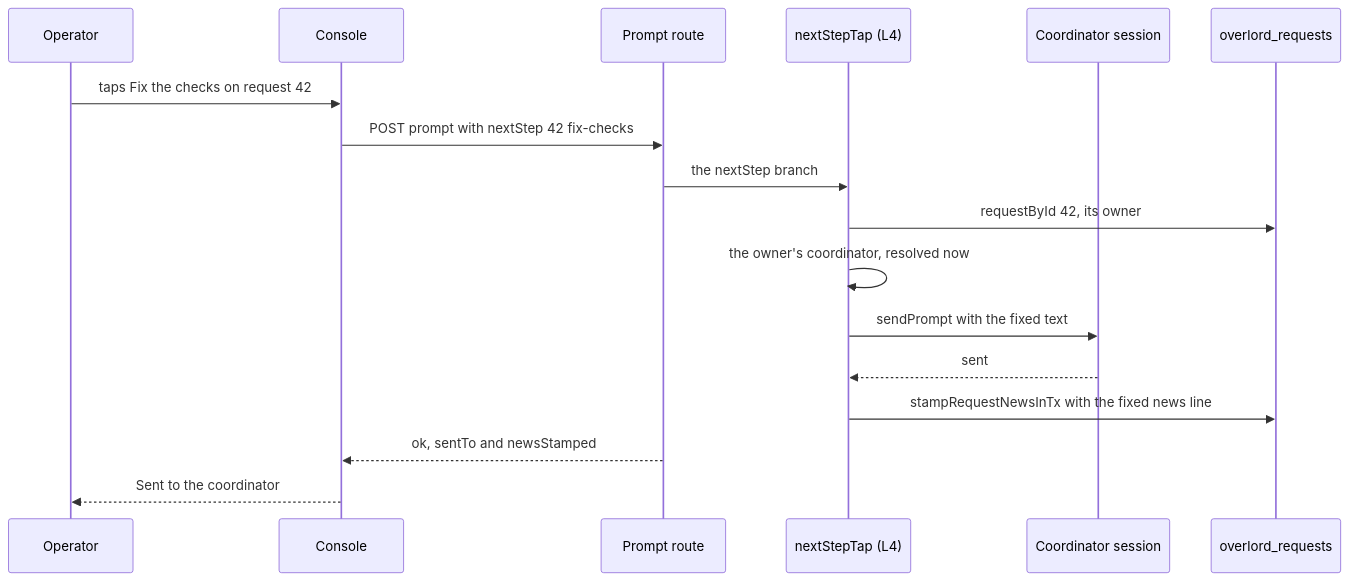
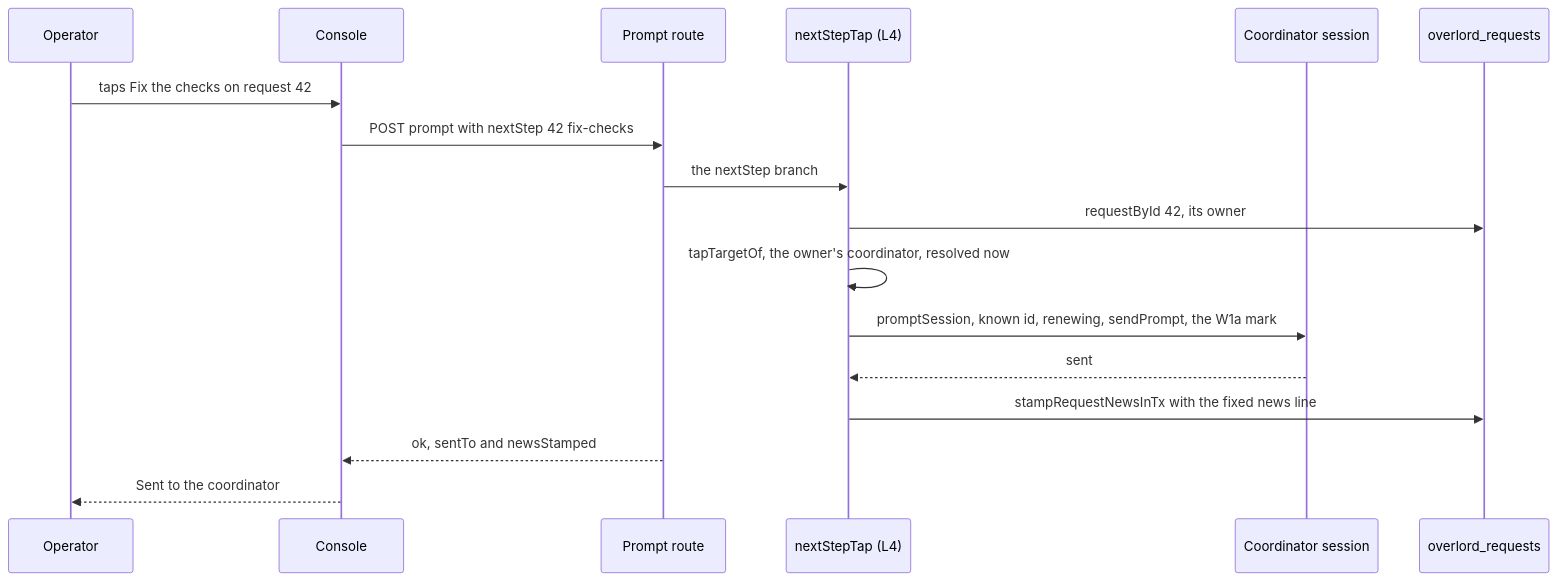
Before and after one commit to Synapsium-Labs/ccrc-pwa: the first of 2 diagrams in docs/superpowers/plans/2026-11-16-overlord-w2/w2-home-requests.md, drawn with Mermaid. The commit also changed other lines of this file and 2 other files, not shown here.

````diff
--- a/docs/superpowers/plans/2026-11-16-overlord-w2/w2-home-requests.md
+++ b/docs/superpowers/plans/2026-11-16-overlord-w2/w2-home-requests.md
@@ -280,19 +343,19 @@
 ```mermaid
 sequenceDiagram
   participant O as Operator
   participant C as Console
   participant R as Prompt route
   participant T as nextStepTap (L4)
   participant S as Coordinator session
   participant Q as overlord_requests
   O->>C: taps Fix the checks on request 42
   C->>R: POST prompt with nextStep 42 fix-checks
   R->>T: the nextStep branch
   T->>Q: requestById 42, its owner
-  T->>T: the owner's coordinator, resolved now
-  T->>S: sendPrompt with the fixed text
+  T->>T: tapTargetOf, the owner's coordinator, resolved now
+  T->>S: promptSession, known id, renewing, sendPrompt, the W1a mark
   S-->>T: sent
   T->>Q: stampRequestNewsInTx with the fixed news line
   R-->>C: ok, sentTo and newsStamped
   C-->>O: Sent to the coordinator
 ```
````
